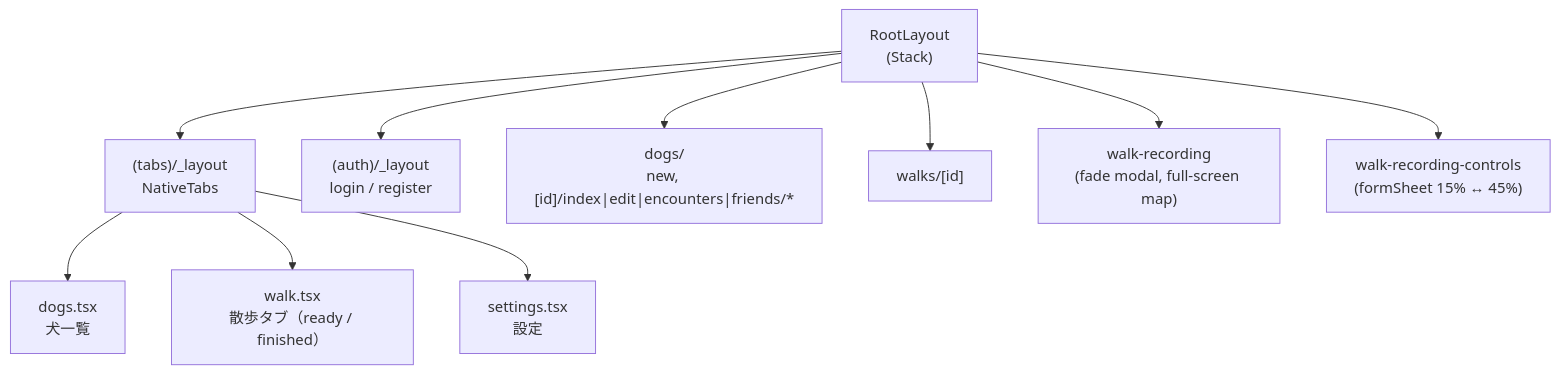
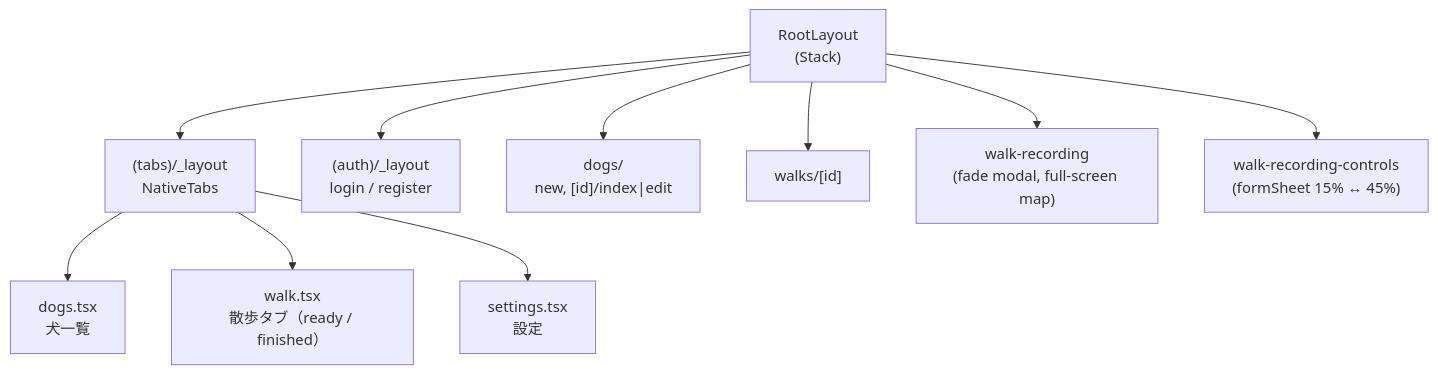
Before and after one commit to matsuokashuhei/walking-dog: the third of 6 diagrams in docs/mobile/architecture-overview.md, drawn with Mermaid. The commit also changed other lines of this file and 2 other files, not shown here.

Commit message:
docs(mobile): drop encounter/ble/friends from architecture docs
BLE / encounter / friends を撤去したのに合わせ、設計ドキュメントから
対応する記述を取り除く。

- architecture-overview.md: Stack ツリーの dogs/[id] から
  encounters / friends を削除、外部依存表から BLE 行を削除
- screen-header-interface.md: inline variant の例から Members /
  Encounters / Friends を外し、encounters / friends ScreenHeader
  例を削除
- screen-header-audit.md: 既に撤去済みの Members / Encounters /
  Friends 関連の行・テーブル項目を削除

````diff
--- a/docs/mobile/architecture-overview.md
+++ b/docs/mobile/architecture-overview.md
@@ -146,14 +145,14 @@
 ```mermaid
 flowchart TD
   Root["RootLayout<br/>(Stack)"]
   Root --> Tabs["(tabs)/_layout<br/>NativeTabs"]
   Root --> Auth["(auth)/_layout<br/>login / register"]
-  Root --> Dogs["dogs/<br/>new, [id]/index|edit|encounters|friends/*"]
+  Root --> Dogs["dogs/<br/>new, [id]/index|edit"]
   Root --> Walks["walks/[id]"]
   Root --> RecMap["walk-recording<br/>(fade modal, full-screen map)"]
   Root --> RecCtrl["walk-recording-controls<br/>(formSheet 15% ↔ 45%)"]
 
   Tabs --> TabsDogs["dogs.tsx<br/>犬一覧"]
   Tabs --> TabsWalk["walk.tsx<br/>散歩タブ（ready / finished）"]
   Tabs --> TabsSet["settings.tsx<br/>設定"]
 ```
````
